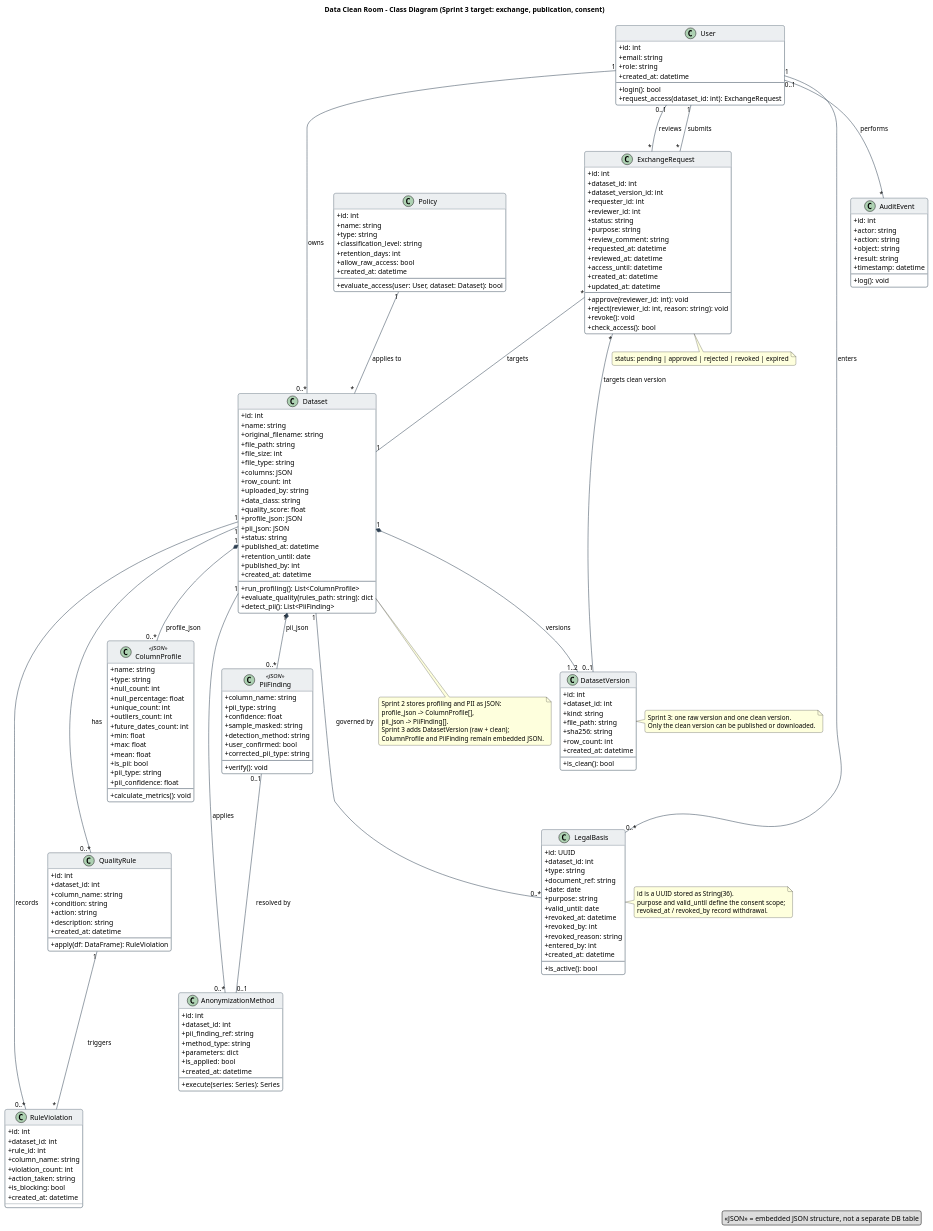
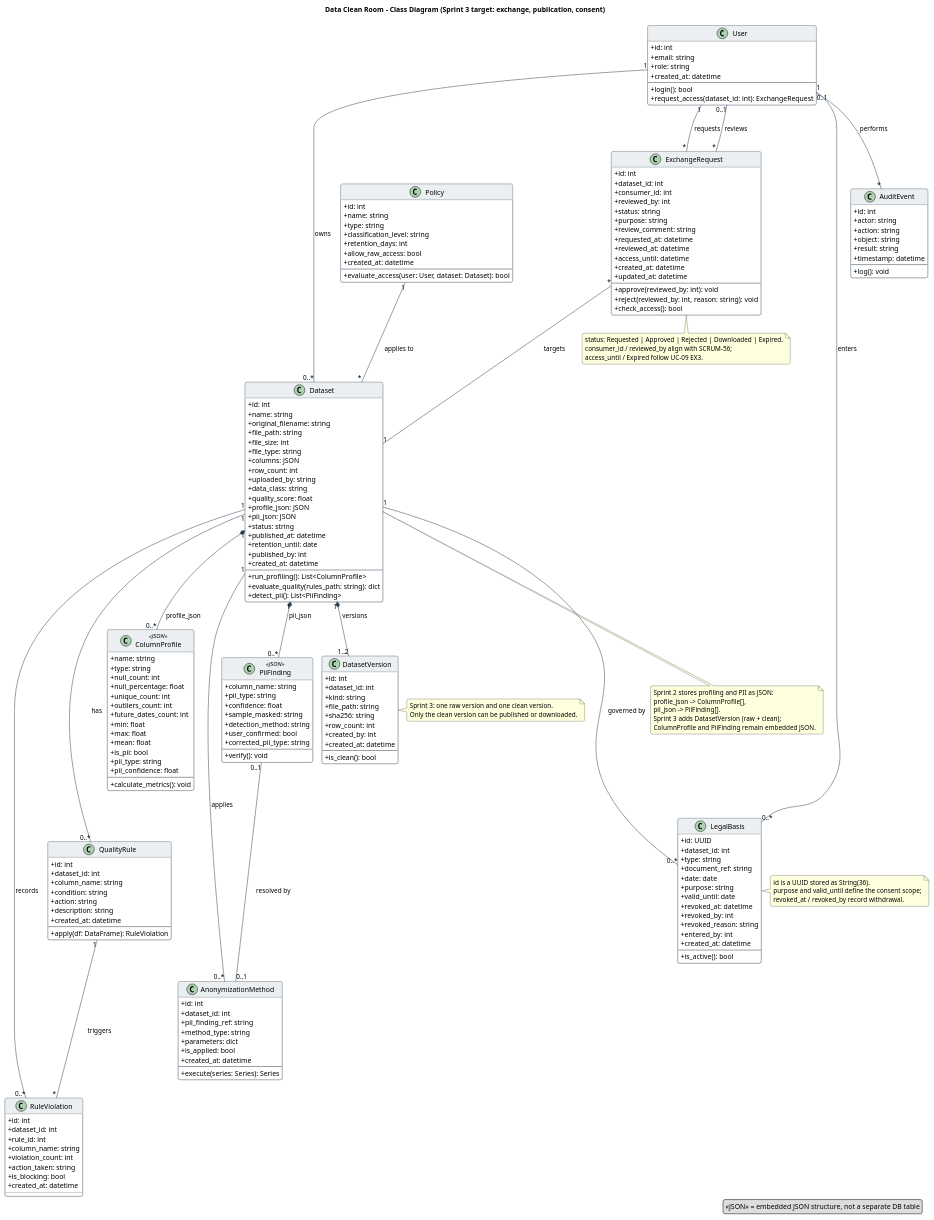
The diagram in docs/architecture/class-diagram.puml (olesJS/data_clean_room), drawn with PlantUML before and after one commit. The commit also changed 7 other files, not shown here.

Commit message:
docs(SCRUM-59): address review feedback on exchange, publish, class

```diff
--- a/docs/architecture/class-diagram.puml
+++ b/docs/architecture/class-diagram.puml
@@ -73,6 +73,7 @@
     + file_path: string
     + sha256: string
     + row_count: int
+    + created_by: int
     + created_at: datetime
     --
     + is_clean(): bool
@@ -165,9 +166,8 @@
 class ExchangeRequest {
     + id: int
     + dataset_id: int
-    + dataset_version_id: int
-    + requester_id: int
-    + reviewer_id: int
+    + consumer_id: int
+    + reviewed_by: int
     + status: string
     + purpose: string
     + review_comment: string
@@ -177,9 +177,8 @@
     + created_at: datetime
     + updated_at: datetime
     --
-    + approve(reviewer_id: int): void
-    + reject(reviewer_id: int, reason: string): void
-    + revoke(): void
+    + approve(reviewed_by: int): void
+    + reject(reviewed_by: int, reason: string): void
     + check_access(): bool
 }
 
@@ -210,9 +209,8 @@
 Dataset "1" *-- "0..*" PiiFinding : pii_json >
 
 ExchangeRequest "*" --- "1" Dataset : targets >
-ExchangeRequest "*" --- "0..1" DatasetVersion : targets clean version >
 User "1" --- "0..*" LegalBasis : enters >
-User "1" --- "*" ExchangeRequest : submits >
+User "1" --- "*" ExchangeRequest : requests >
 User "0..1" --- "*" ExchangeRequest : reviews >
 User "0..1" --- "*" AuditEvent : performs >
 
@@ -239,7 +237,9 @@
 end note
 
 note bottom of ExchangeRequest
-  status: pending | approved | rejected | revoked | expired
+  status: Requested | Approved | Rejected | Downloaded | Expired.
+  consumer_id / reviewed_by align with SCRUM-56;
+  access_until / Expired follow UC-09 EX3.
 end note
 
 legend right
```
